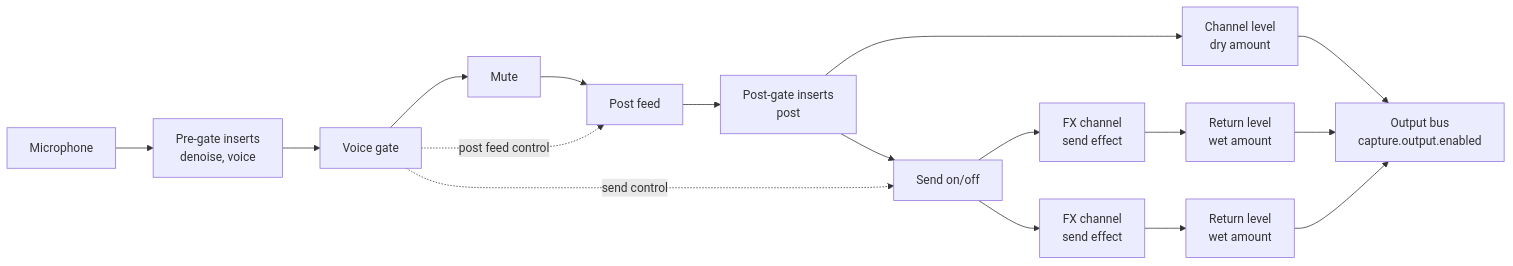
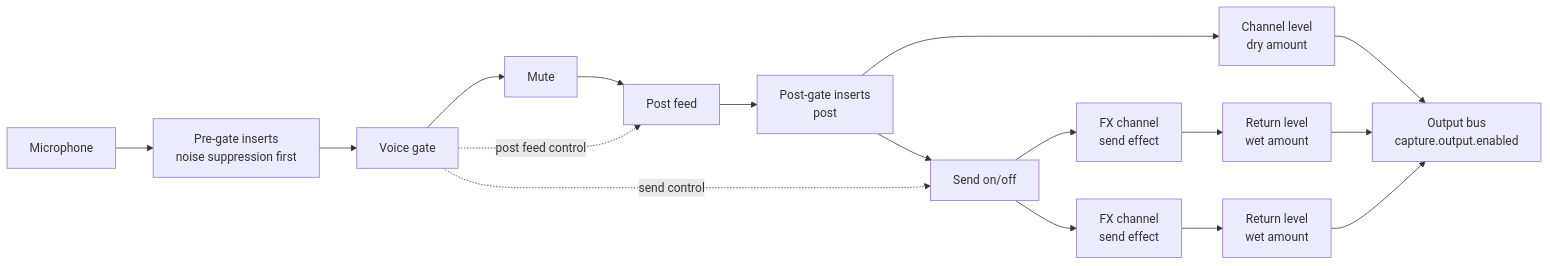
Before and after one commit to Affid/modular-av: the first of 2 diagrams in docs/voice-routing.md, drawn with Mermaid. The commit also changed other lines of this file and 7 other files, not shown here.

````diff
--- a/docs/voice-routing.md
+++ b/docs/voice-routing.md
@@ -10,21 +10,21 @@
 ```mermaid
 flowchart LR
-  mic[Microphone] --> pre["Pre-gate inserts<br/>denoise, voice"]
+  mic[Microphone] --> pre["Pre-gate inserts<br/>noise suppression first"]
   pre --> gate[Voice gate]
   gate --> mute[Mute]
   mute --> feed[Post feed]
   feed --> post["Post-gate inserts<br/>post"]
   post --> channel["Channel level<br/>dry amount"]
   channel --> bus["Output bus<br/>capture.output.enabled"]
 
   post --> send[Send on/off]
   send --> fx1["FX channel<br/>send effect"]
   send --> fx2["FX channel<br/>send effect"]
   fx1 --> ret1["Return level<br/>wet amount"]
   fx2 --> ret2["Return level<br/>wet amount"]
   ret1 --> bus
   ret2 --> bus
 
   gate -. "post feed control" .-> feed
   gate -. "send control" .-> send
 ```
````
